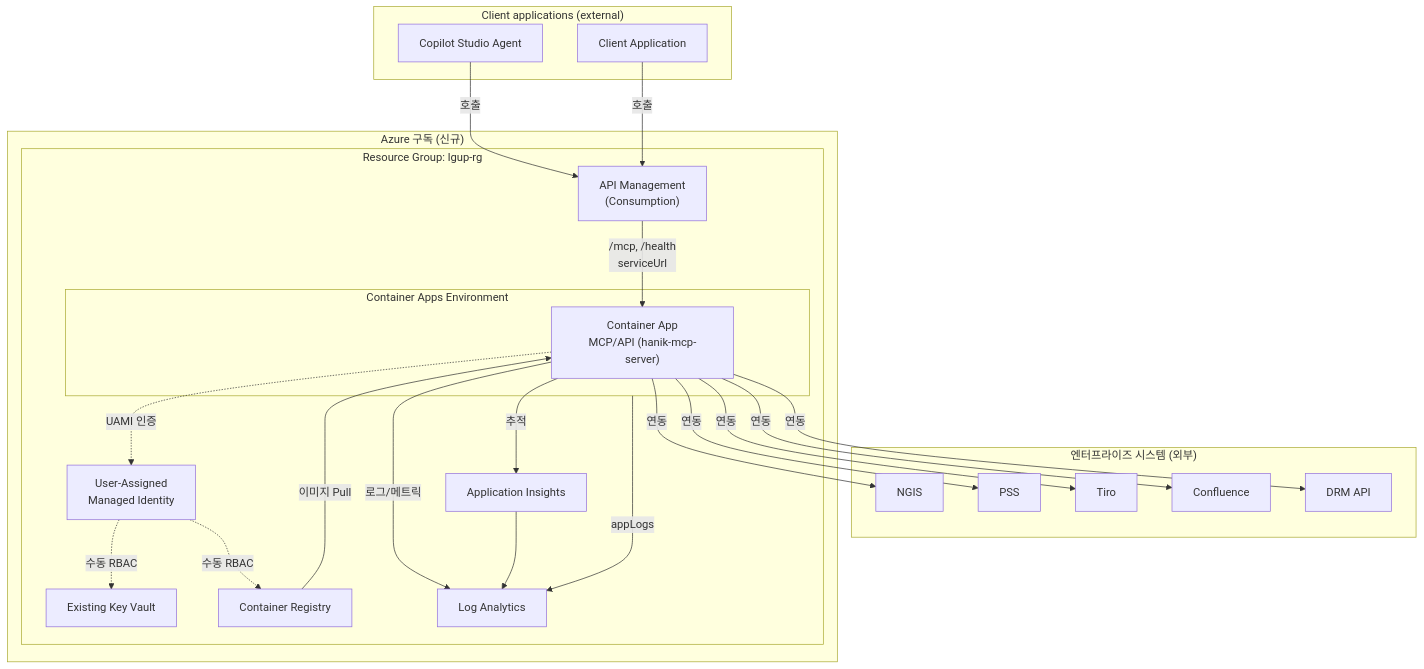
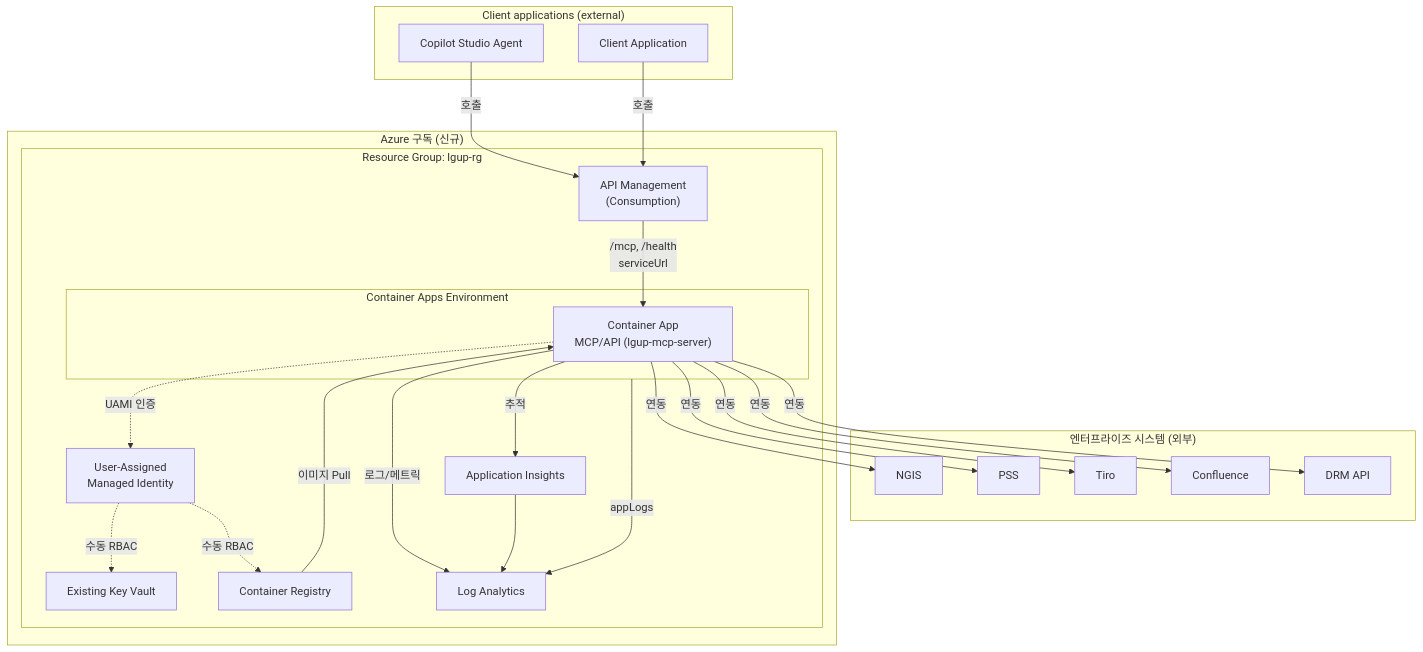
One commit to MSFT-AI-BUILD-INTERNAL/lgup-m365-mcp changed the first of 2 diagrams in docs/azure-deployment-guide.md. Above: the diagram before and after it, drawn with Mermaid. The commit also changed other lines of this file and 14 other files, not shown here.

````diff
--- a/docs/azure-deployment-guide.md
+++ b/docs/azure-deployment-guide.md
@@ -46,51 +46,51 @@
 ```mermaid
 flowchart TB
     subgraph CLIENT["Client applications (external)"]
         CS[Copilot Studio Agent]
         CA[Client Application]
     end
 
     subgraph ENT["엔터프라이즈 시스템 (외부)"]
         NGIS[NGIS]
         PSS[PSS]
         TIRO[Tiro]
         CONF[Confluence]
         DRM[DRM API]
     end
 
     subgraph SUB["Azure 구독 (신규)"]
         subgraph RG["Resource Group: lgup-rg"]
             APIM["API Management<br/>(Consumption)"]
 
             subgraph CAE["Container Apps Environment"]
-                APP["Container App<br/>MCP/API (hanik-mcp-server)"]
+                APP["Container App<br/>MCP/API (lgup-mcp-server)"]
             end
 
             UAMI["User-Assigned<br/>Managed Identity"]
             KV["Existing Key Vault"]
             ACR["Container Registry"]
             LAW["Log Analytics"]
             APPI["Application Insights"]
         end
     end
 
     CS -->|호출| APIM
     CA -->|호출| APIM
     APIM -->|"/mcp, /health<br/>serviceUrl"| APP
 
     APP -.->|UAMI 인증| UAMI
     UAMI -.->|수동 RBAC| KV
     UAMI -.->|수동 RBAC| ACR
     ACR -->|이미지 Pull| APP
 
     APP -->|로그/메트릭| LAW
     APP -->|추적| APPI
     APPI --> LAW
     CAE -->|appLogs| LAW
 
     APP -->|연동| NGIS
     APP -->|연동| PSS
     APP -->|연동| TIRO
     APP -->|연동| CONF
     APP -->|연동| DRM
 ```
````
